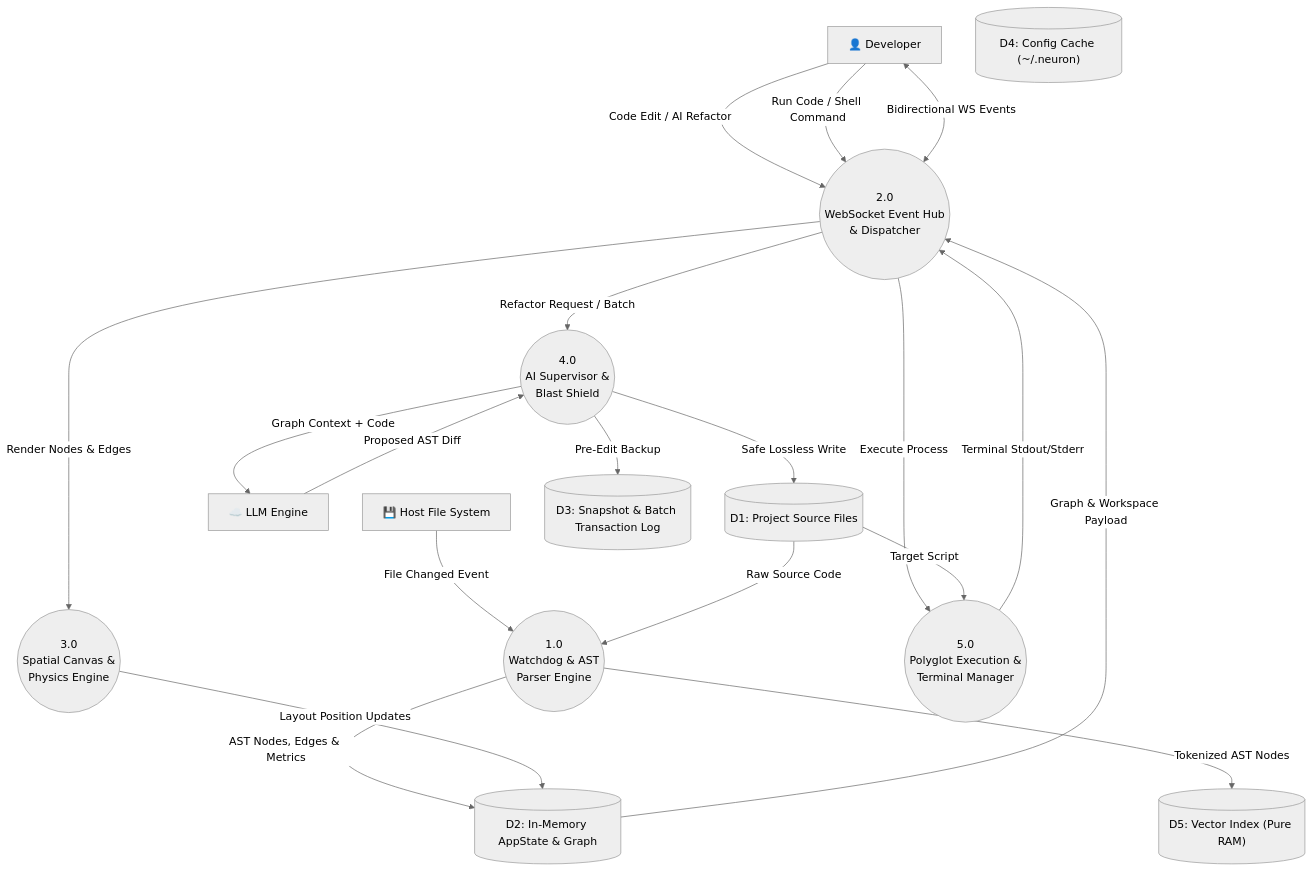
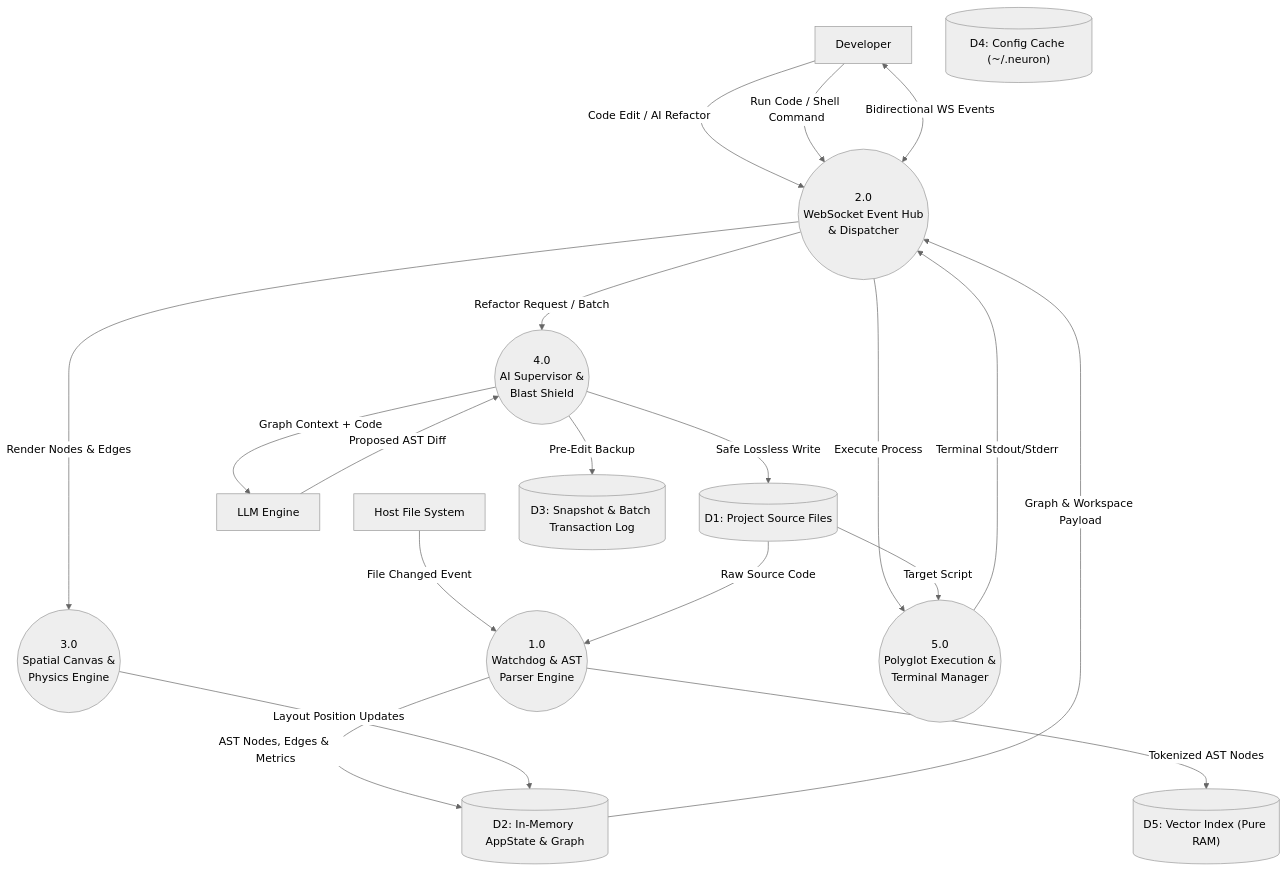
The third of 5 diagrams in docs/software_engineering/system_design_specification.md (UnityNimit/Neuron), drawn with Mermaid (neutral theme) before and after one commit. The commit also changed other lines of this file and 10 other files, not shown here.

````diff
--- a/docs/software_engineering/system_design_specification.md
+++ b/docs/software_engineering/system_design_specification.md
@@ -135,43 +135,43 @@
 ```mermaid
 flowchart TD
-    Dev["👤 Developer"]
-    Disk["💾 Host File System"]
-    LLM["☁️ LLM Engine"]
+    Dev["Developer"]
+    Disk["Host File System"]
+    LLM["LLM Engine"]
 
     %% Data Stores
     D1[("D1: Project Source Files")]
     D2[("D2: In-Memory AppState & Graph")]
     D3[("D3: Snapshot & Batch Transaction Log")]
     D4[("D4: Config Cache (~/.neuron)")]
     D5[("D5: Vector Index (Pure RAM)")]
 
     %% Processes
     P1(("1.0<br/>Watchdog & AST<br/>Parser Engine"))
     P2(("2.0<br/>WebSocket Event Hub<br/>& Dispatcher"))
     P3(("3.0<br/>Spatial Canvas &<br/>Physics Engine"))
     P4(("4.0<br/>AI Supervisor &<br/>Blast Shield"))
     P5(("5.0<br/>Polyglot Execution &<br/>Terminal Manager"))
 
     %% Flows
     Disk -->|"File Changed Event"| P1
     D1 -->|"Raw Source Code"| P1
     P1 -->|"AST Nodes, Edges & Metrics"| D2
     P1 -->|"Tokenized AST Nodes"| D5
 
     D2 -->|"Graph & Workspace Payload"| P2
     P2 <-->|"Bidirectional WS Events"| Dev
     P2 -->|"Render Nodes & Edges"| P3
     P3 -->|"Layout Position Updates"| D2
 
     Dev -->|"Code Edit / AI Refactor"| P2
     P2 -->|"Refactor Request / Batch"| P4
     P4 -->|"Pre-Edit Backup"| D3
     P4 -->|"Graph Context + Code"| LLM
     LLM -->|"Proposed AST Diff"| P4
     P4 -->|"Safe Lossless Write"| D1
 
     Dev -->|"Run Code / Shell Command"| P2
     P2 -->|"Execute Process"| P5
     D1 -->|"Target Script"| P5
     P5 -->|"Terminal Stdout/Stderr"| P2
 ```
````
